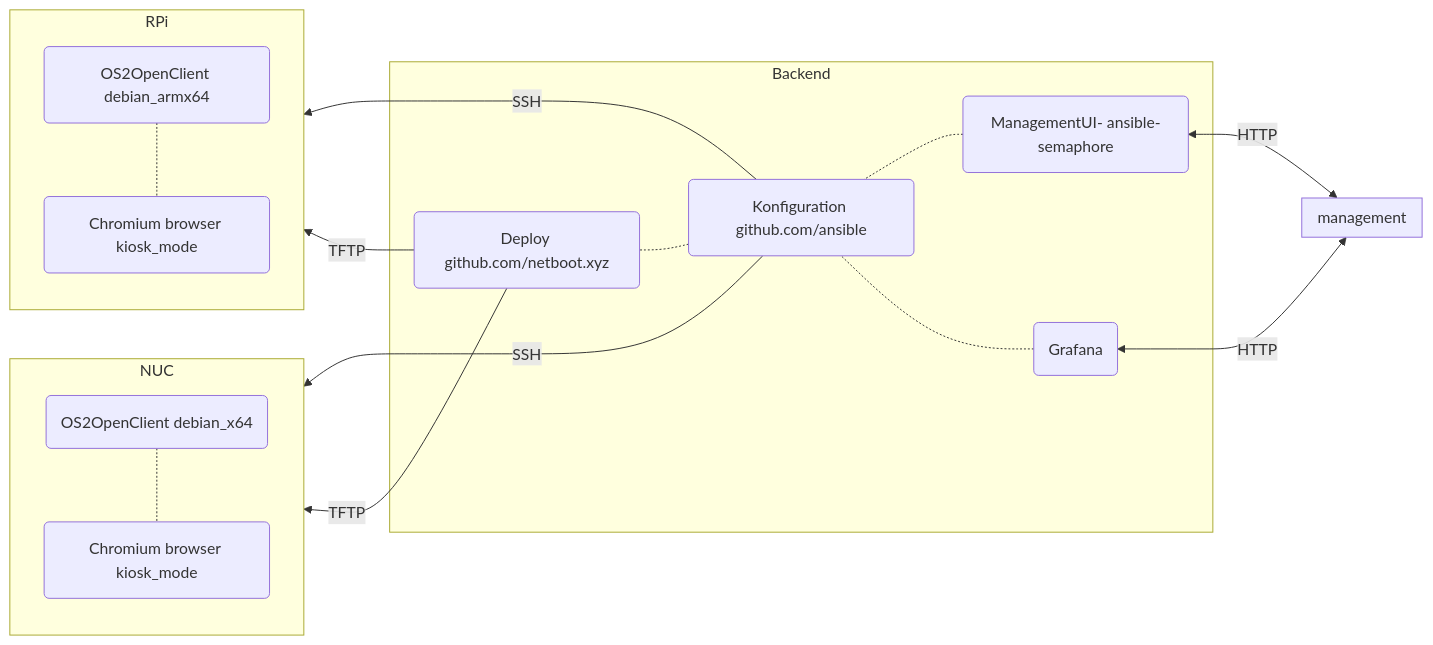
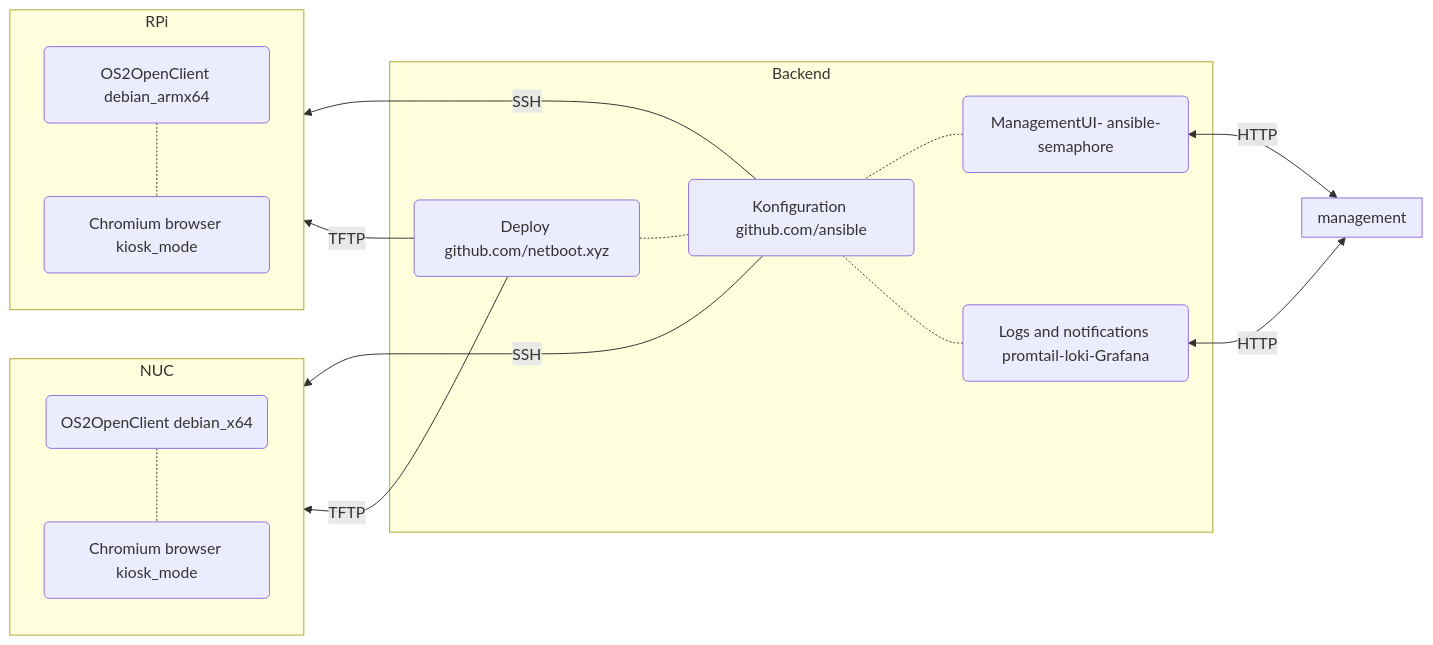
The diagram in README.md (OS2sandbox/sandbox-openclient), drawn with Mermaid before and after one commit.

Commit message:
Update README.md
Added promtail-loki-grafana

````diff
--- a/README.md
+++ b/README.md
@@ -6,33 +6,33 @@
 ```mermaid
 
 graph RL
 
 subgraph management
 end
 
 subgraph NUC
 debarm(OS2OpenClient debian_x64)-.-
 app2(Chromium browser kiosk_mode)
 end
 
 
 subgraph RPi
 debx64(OS2OpenClient debian_armx64)-.-
 app1(Chromium browser kiosk_mode)
 end
 
 subgraph Backend
-logengine(Grafana)
+logengine(Logs and notifications promtail-loki-Grafana)
 configman(Konfiguration github.com/ansible);
 netboot(Deploy github.com/netboot.xyz);
 semaphore(ManagementUI- ansible-semaphore);
 end
 
 configman-.-netboot
 management<--HTTP-->semaphore & logengine
 configman--SSH-->RPi & NUC
 netboot--TFTP-->RPi & NUC
 semaphore & logengine-.-configman
 
 
 ```
````
